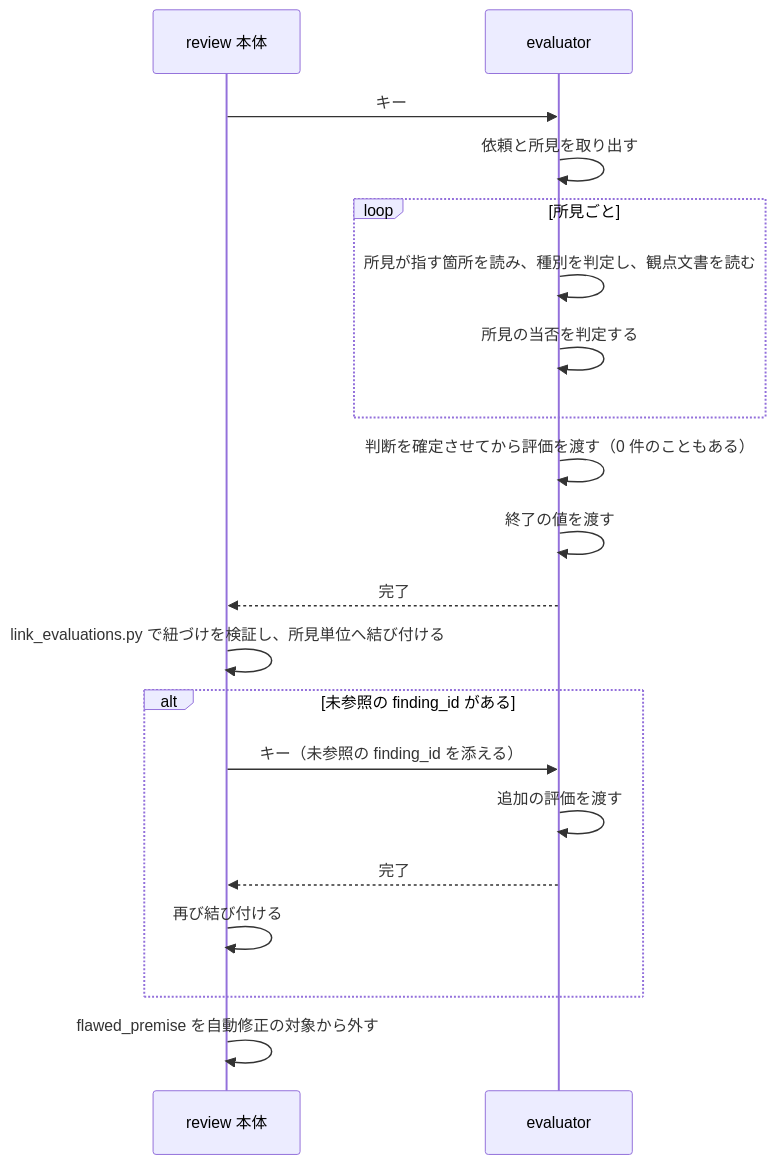
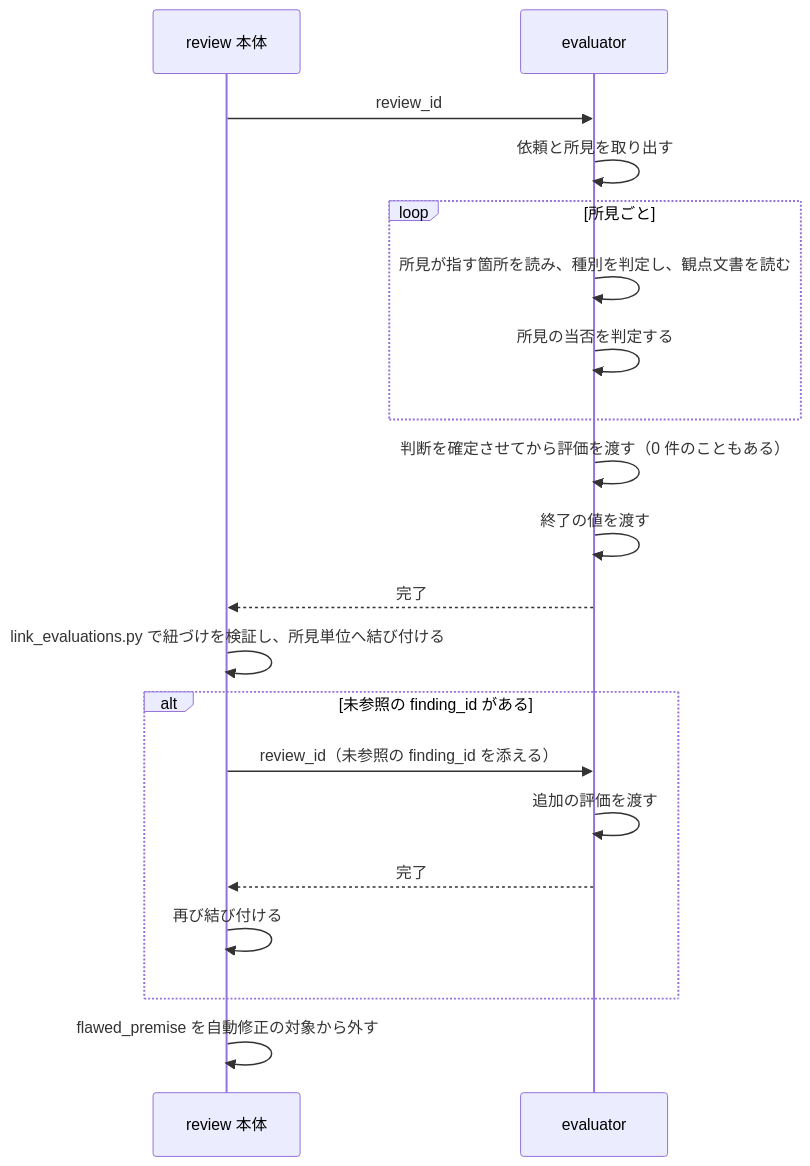
Before and after one commit to BlueEventHorizon/bw-cc-plugins: the diagram in docs/specs/evaluator-perspective/design/DES-083_evaluator_perspective_design.md, drawn with Mermaid. The commit also changed other lines of this file and 3 other files, not shown here.

````diff
--- a/docs/specs/evaluator-perspective/design/DES-083_evaluator_perspective_design.md
+++ b/docs/specs/evaluator-perspective/design/DES-083_evaluator_perspective_design.md
@@ -30,23 +30,23 @@
 ```mermaid
 sequenceDiagram
     participant Body as review 本体
     participant E as evaluator
 
-    Body->>E: キー
+    Body->>E: review_id
     E->>E: 依頼と所見を取り出す
     loop 所見ごと
         E->>E: 所見が指す箇所を読み、種別を判定し、観点文書を読む
         E->>E: 所見の当否を判定する
     end
     E->>E: 判断を確定させてから評価を渡す（0 件のこともある）
     E->>E: 終了の値を渡す
     E-->>Body: 完了
     Body->>Body: link_evaluations.py で紐づけを検証し、所見単位へ結び付ける
     alt 未参照の finding_id がある
-        Body->>E: キー（未参照の finding_id を添える）
+        Body->>E: review_id（未参照の finding_id を添える）
         E->>E: 追加の評価を渡す
         E-->>Body: 完了
         Body->>Body: 再び結び付ける
     end
     Body->>Body: flawed_premise を自動修正の対象から外す
 ```
````
